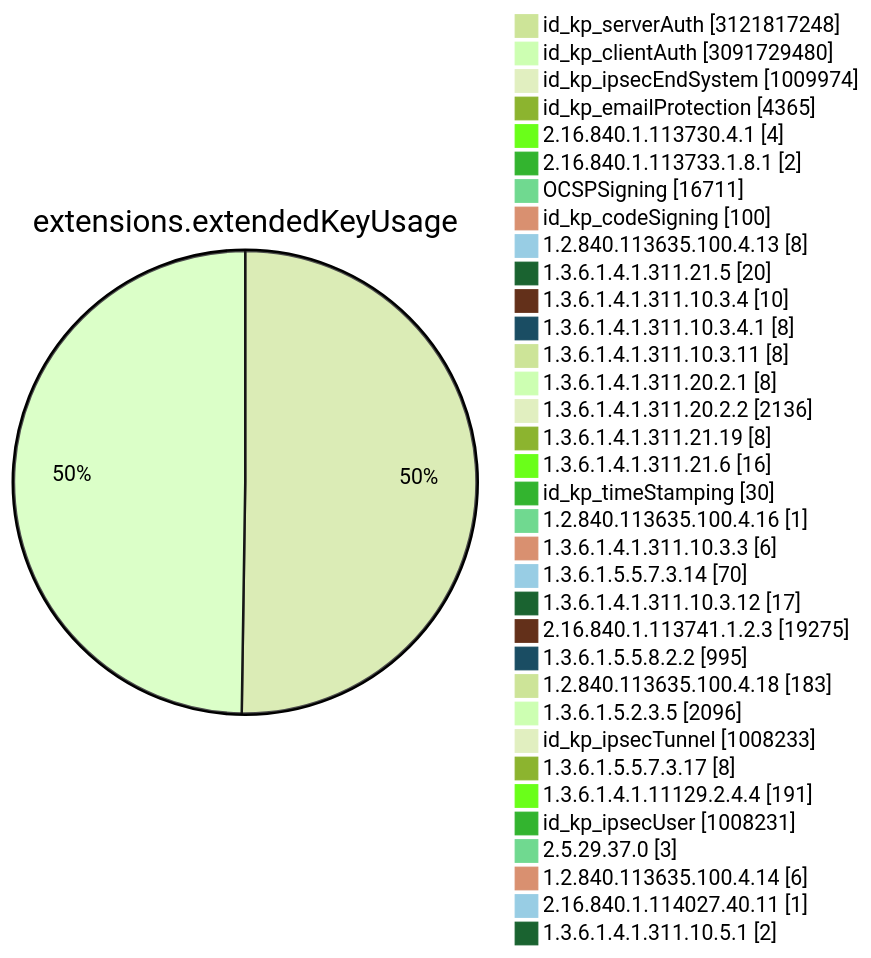
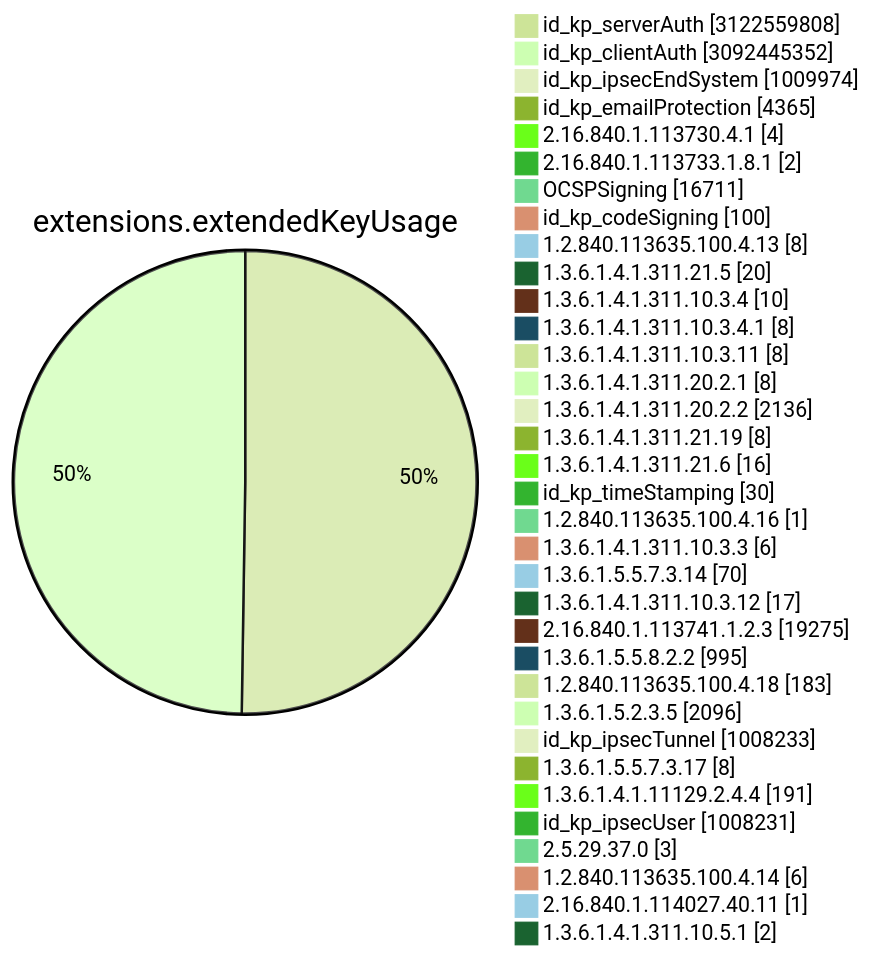
Diagram 11 of 15 in TOTAL/README.md (christiankrug/ctmonitor_visualization), drawn with Mermaid (forest theme) before and after one commit. The commit also changed other lines of this file, not shown here.

````diff
--- a/TOTAL/README.md
+++ b/TOTAL/README.md
@@ -4117,38 +4117,38 @@
 ```mermaid
 pie showData
 title extensions.extendedKeyUsage
-"id_kp_serverAuth" :3121817248
-"id_kp_clientAuth" :3091729480
+"id_kp_serverAuth" :3122559808
+"id_kp_clientAuth" :3092445352
 "id_kp_ipsecEndSystem" :1009974
 "id_kp_emailProtection" :4365
 "2.16.840.1.113730.4.1" :4
 "2.16.840.1.113733.1.8.1" :2
 "OCSPSigning" :16711
 "id_kp_codeSigning" :100
 "1.2.840.113635.100.4.13" :8
 "1.3.6.1.4.1.311.21.5" :20
 "1.3.6.1.4.1.311.10.3.4" :10
 "1.3.6.1.4.1.311.10.3.4.1" :8
 "1.3.6.1.4.1.311.10.3.11" :8
 "1.3.6.1.4.1.311.20.2.1" :8
 "1.3.6.1.4.1.311.20.2.2" :2136
 "1.3.6.1.4.1.311.21.19" :8
 "1.3.6.1.4.1.311.21.6" :16
 "id_kp_timeStamping" :30
 "1.2.840.113635.100.4.16" :1
 "1.3.6.1.4.1.311.10.3.3" :6
 "1.3.6.1.5.5.7.3.14" :70
 "1.3.6.1.4.1.311.10.3.12" :17
 "2.16.840.1.113741.1.2.3" :19275
 "1.3.6.1.5.5.8.2.2" :995
 "1.2.840.113635.100.4.18" :183
 "1.3.6.1.5.2.3.5" :2096
 "id_kp_ipsecTunnel" :1008233
 "1.3.6.1.5.5.7.3.17" :8
 "1.3.6.1.4.1.11129.2.4.4" :191
 "id_kp_ipsecUser" :1008231
 "2.5.29.37.0" :3
 "1.2.840.113635.100.4.14" :6
 "2.16.840.1.114027.40.11" :1
 "1.3.6.1.4.1.311.10.5.1" :2
 ```
````
